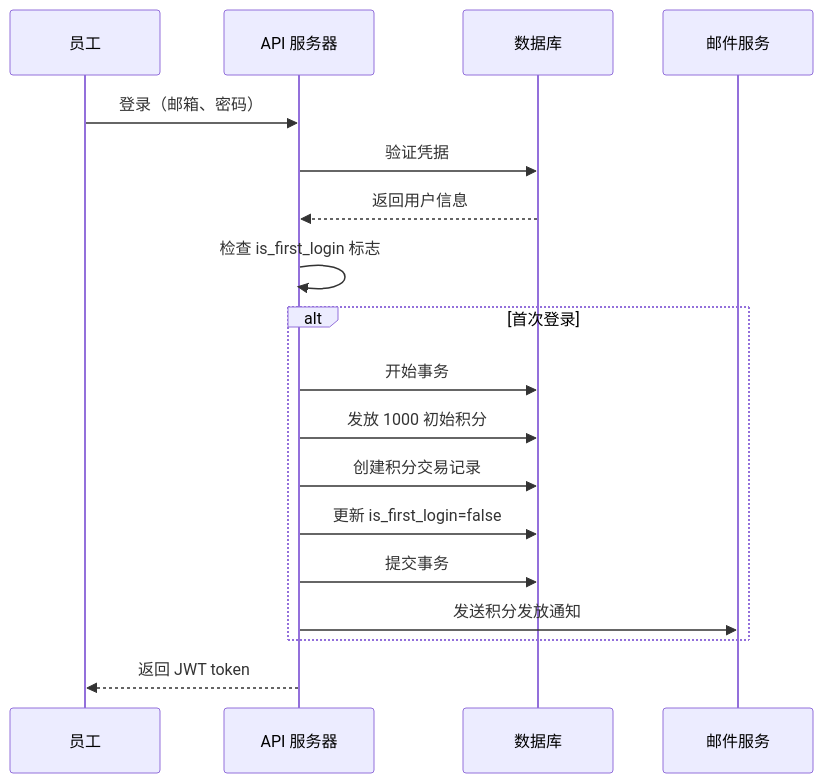
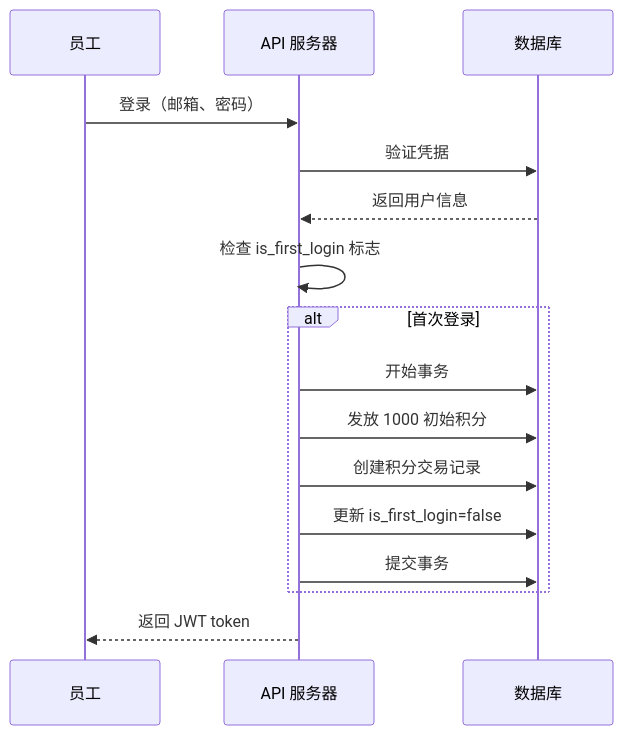
The sixth of 9 diagrams in .kiro/specs/awsome-shop/design.md (Holiver/ai-dlc-8), drawn with Mermaid before and after one commit. The commit also changed other lines of this file and 7 other files, not shown here.

````diff
--- a/.kiro/specs/awsome-shop/design.md
+++ b/.kiro/specs/awsome-shop/design.md
@@ -592,21 +561,19 @@
 ```mermaid
 sequenceDiagram
     participant User as 员工
     participant API as API 服务器
     participant DB as 数据库
-    participant Email as 邮件服务
     
     User->>API: 登录（邮箱、密码）
     API->>DB: 验证凭据
     DB-->>API: 返回用户信息
     API->>API: 检查 is_first_login 标志
     alt 首次登录
         API->>DB: 开始事务
         API->>DB: 发放 1000 初始积分
         API->>DB: 创建积分交易记录
         API->>DB: 更新 is_first_login=false
         API->>DB: 提交事务
-        API->>Email: 发送积分发放通知
     end
     API-->>User: 返回 JWT token
 ```
````
